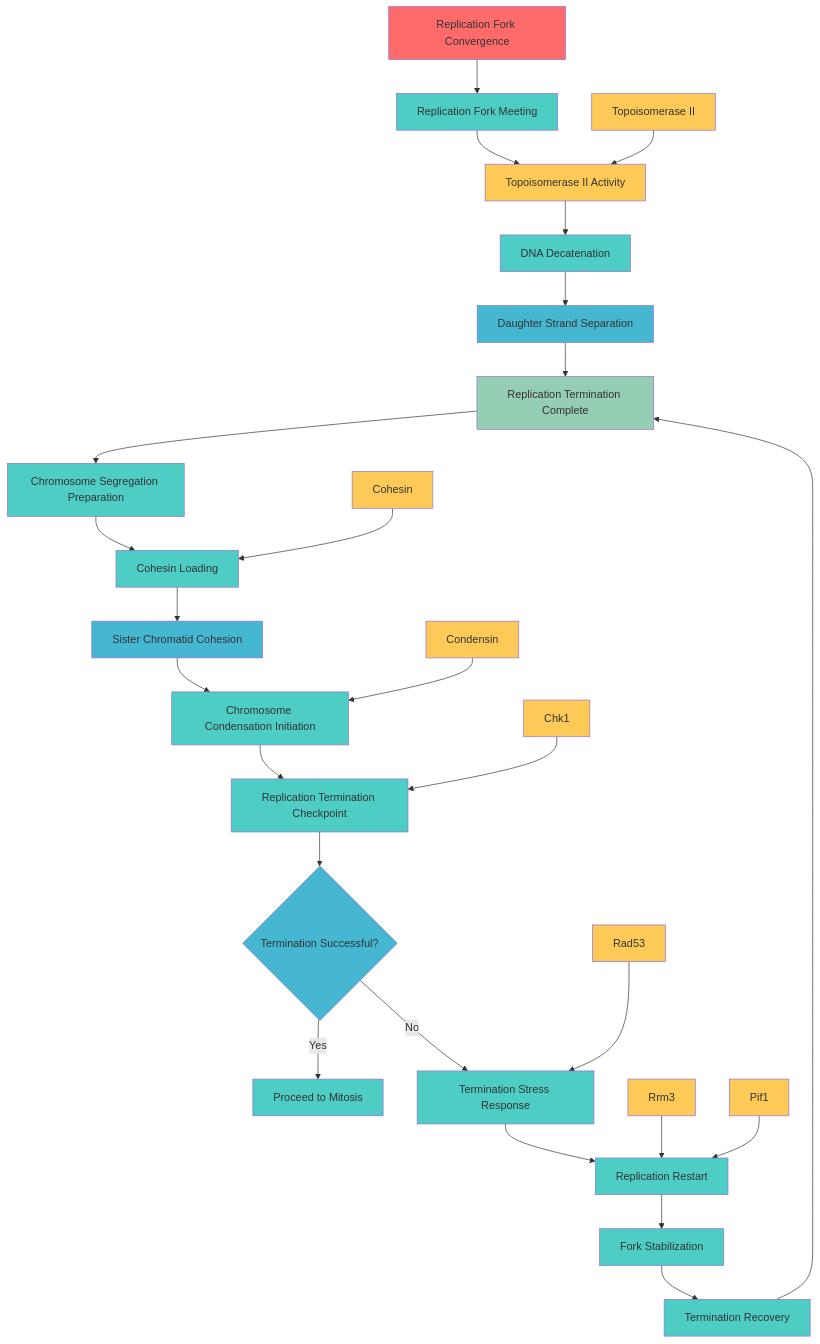
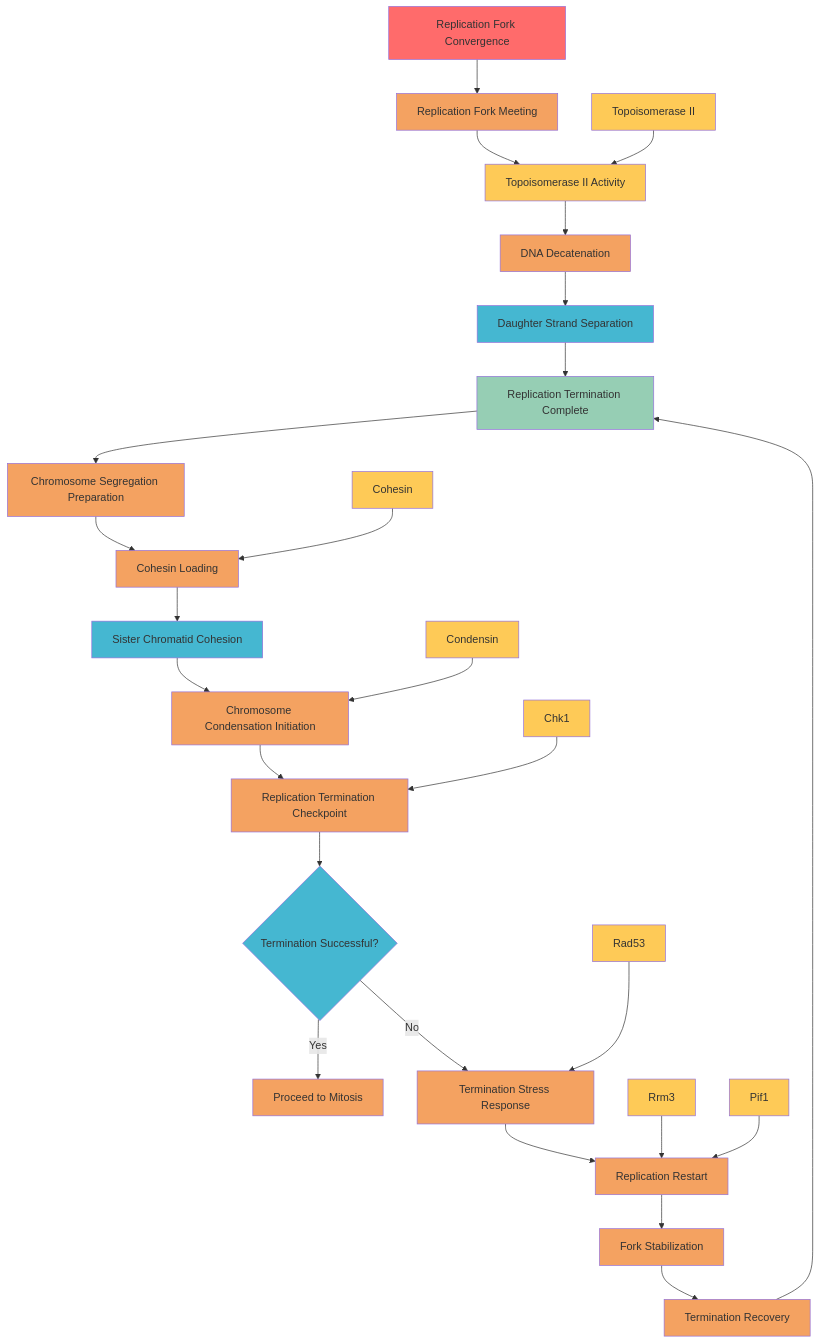
The diagram in old_junk_files/batch1_03_dna_replication_termination.mmd (garywelz/glmp), drawn with Mermaid before and after one commit. The commit also changed 252 other files, not shown here.

Commit message:
Palette migration: replace teal with orange for catalysts across Mermaid HTML/MMD; update legends, strokes, and narrative text; unify emojis and theme variables

```diff
--- a/old_junk_files/batch1_03_dna_replication_termination.mmd
+++ b/old_junk_files/batch1_03_dna_replication_termination.mmd
@@ -1,53 +1,53 @@
 graph TD
     A[Replication Fork Convergence] --> B[Replication Fork Meeting]
     B --> C[Topoisomerase II Activity]
     C --> D[DNA Decatenation]
     D --> E[Daughter Strand Separation]
     E --> F[Replication Termination Complete]
     F --> G[Chromosome Segregation Preparation]
     G --> H[Cohesin Loading]
     H --> I[Sister Chromatid Cohesion]
     I --> J[Chromosome Condensation Initiation]
     J --> K[Replication Termination Checkpoint]
     K --> L{Termination Successful?}
     L -->|Yes| M[Proceed to Mitosis]
     L -->|No| N[Termination Stress Response]
     N --> O[Replication Restart]
     O --> P[Fork Stabilization]
     P --> Q[Termination Recovery]
     Q --> F
     
     %% Key proteins
     R[Topoisomerase II] --> C
     S[Cohesin] --> H
     T[Condensin] --> J
     U[Chk1] --> K
     V[Rad53] --> N
     W[Rrm3] --> O
     X[Pif1] --> O
     
     %% Styling
     style A fill:#ff6b6b
-    style B fill:#4ecdc4
+    style B fill:#f4a261
     style C fill:#feca57
-    style D fill:#4ecdc4
+    style D fill:#f4a261
     style E fill:#45b7d1
     style F fill:#96ceb4
-    style G fill:#4ecdc4
-    style H fill:#4ecdc4
+    style G fill:#f4a261
+    style H fill:#f4a261
     style I fill:#45b7d1
-    style J fill:#4ecdc4
-    style K fill:#4ecdc4
+    style J fill:#f4a261
+    style K fill:#f4a261
     style L fill:#45b7d1
-    style M fill:#4ecdc4
-    style N fill:#4ecdc4
-    style O fill:#4ecdc4
-    style P fill:#4ecdc4
-    style Q fill:#4ecdc4
+    style M fill:#f4a261
+    style N fill:#f4a261
+    style O fill:#f4a261
+    style P fill:#f4a261
+    style Q fill:#f4a261
     style R fill:#feca57
     style S fill:#feca57
     style T fill:#feca57
     style U fill:#feca57
     style V fill:#feca57
     style W fill:#feca57
     style X fill:#feca57
```
